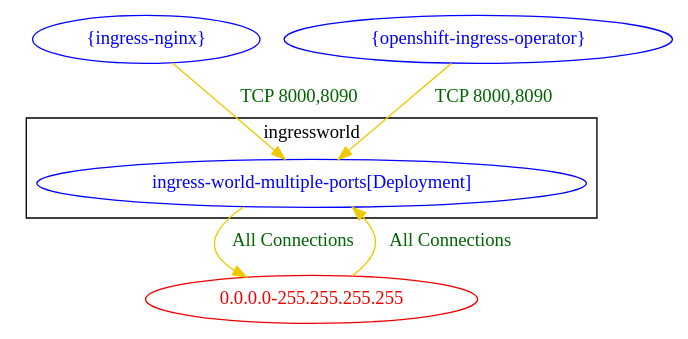
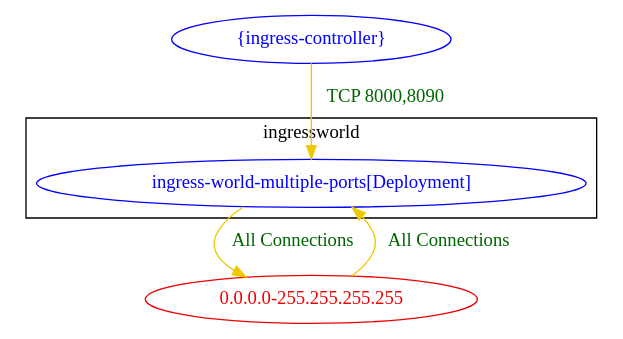
Before and after one commit to np-guard/netpol-analyzer: the diagram in test_outputs/connlist/one_ingress_multiple_ports_connlist_output.dot, drawn with Graphviz. The commit also changed 83 other files, not shown here.

```diff
--- a/test_outputs/connlist/one_ingress_multiple_ports_connlist_output.dot
+++ b/test_outputs/connlist/one_ingress_multiple_ports_connlist_output.dot
@@ -1,13 +1,11 @@
 digraph {
 	subgraph cluster_ingressworld {
 		"ingressworld/ingress-world-multiple-ports[Deployment]" [label="ingress-world-multiple-ports[Deployment]" color="blue" fontcolor="blue"]
 		label="ingressworld"
 	}
 	"0.0.0.0-255.255.255.255" [label="0.0.0.0-255.255.255.255" color="red2" fontcolor="red2"]
-	"{ingress-nginx}" [label="{ingress-nginx}" color="blue" fontcolor="blue"]
-	"{openshift-ingress-operator}" [label="{openshift-ingress-operator}" color="blue" fontcolor="blue"]
+	"{ingress-controller}" [label="{ingress-controller}" color="blue" fontcolor="blue"]
 	"0.0.0.0-255.255.255.255" -> "ingressworld/ingress-world-multiple-ports[Deployment]" [label="All Connections" color="gold2" fontcolor="darkgreen"]
 	"ingressworld/ingress-world-multiple-ports[Deployment]" -> "0.0.0.0-255.255.255.255" [label="All Connections" color="gold2" fontcolor="darkgreen"]
-	"{ingress-nginx}" -> "ingressworld/ingress-world-multiple-ports[Deployment]" [label="TCP 8000,8090" color="gold2" fontcolor="darkgreen"]
-	"{openshift-ingress-operator}" -> "ingressworld/ingress-world-multiple-ports[Deployment]" [label="TCP 8000,8090" color="gold2" fontcolor="darkgreen"]
+	"{ingress-controller}" -> "ingressworld/ingress-world-multiple-ports[Deployment]" [label="TCP 8000,8090" color="gold2" fontcolor="darkgreen"]
 }
```
